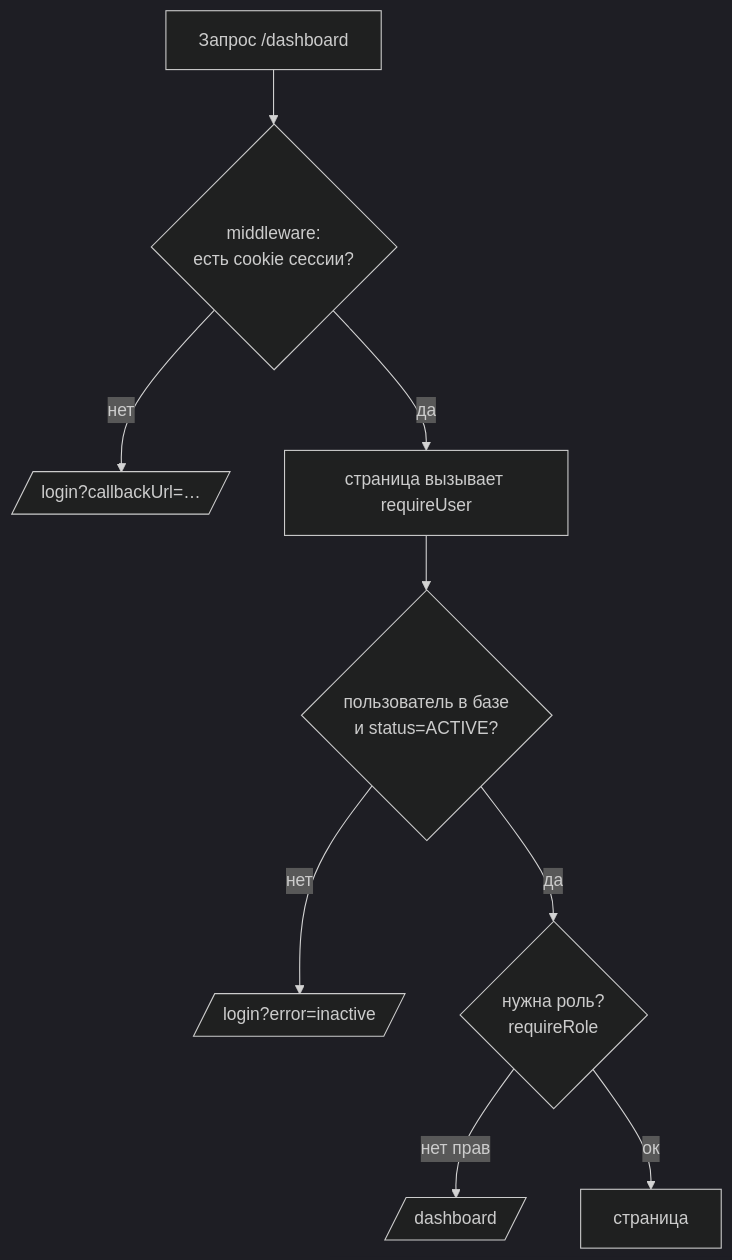
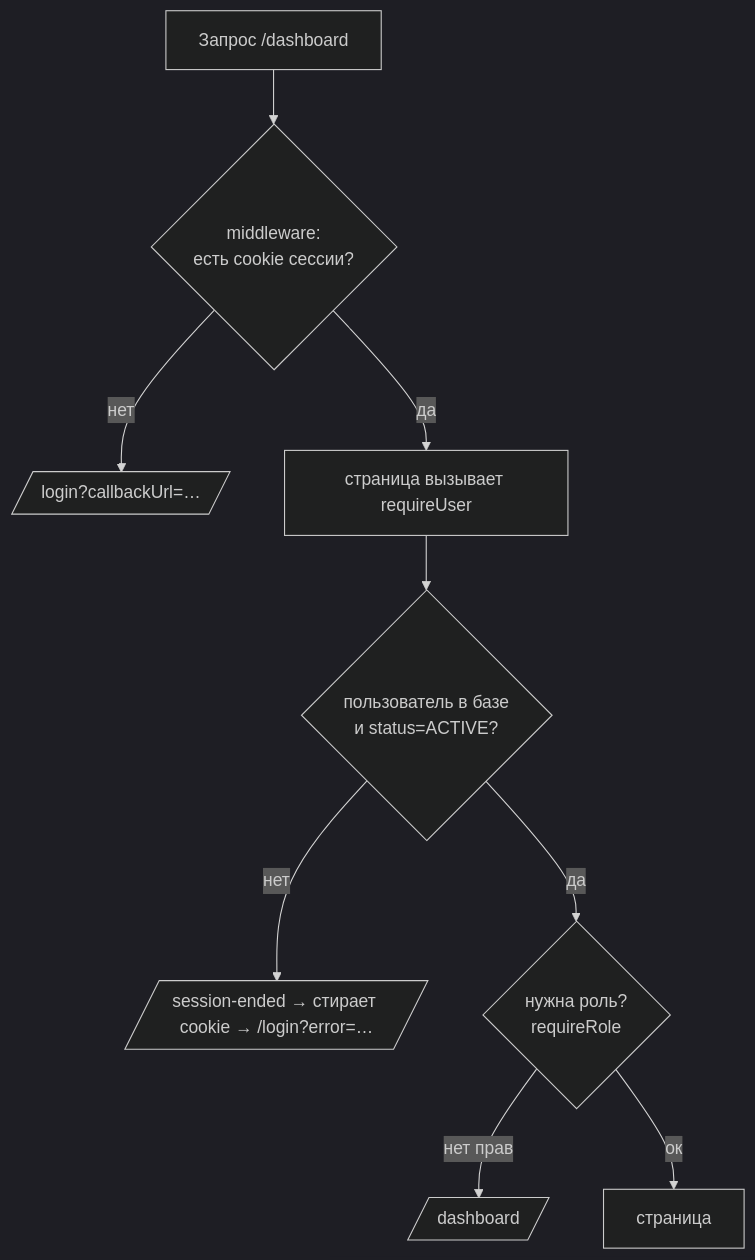
Before and after one commit to azizbekforgit-sudo/Aziz-s_2-projects: the third of 5 diagrams in docs/ARCHITECTURE.md, drawn with Mermaid (dark theme). The commit also changed 8 other files, not shown here.

````diff
--- a/docs/ARCHITECTURE.md
+++ b/docs/ARCHITECTURE.md
@@ -127,11 +127,11 @@
 ```mermaid
 flowchart TD
   A[Запрос /dashboard] --> B{middleware:<br/>есть cookie сессии?}
   B -- нет --> L[/login?callbackUrl=…/]
   B -- да --> C[страница вызывает requireUser]
   C --> D{пользователь в базе<br/>и status=ACTIVE?}
-  D -- нет --> L2[/login?error=inactive/]
+  D -- нет --> L2[/session-ended → стирает cookie → /login?error=…/]
   D -- да --> E{нужна роль?<br/>requireRole}
   E -- нет прав --> F[/dashboard/]
   E -- ок --> G[страница]
 ```
````
